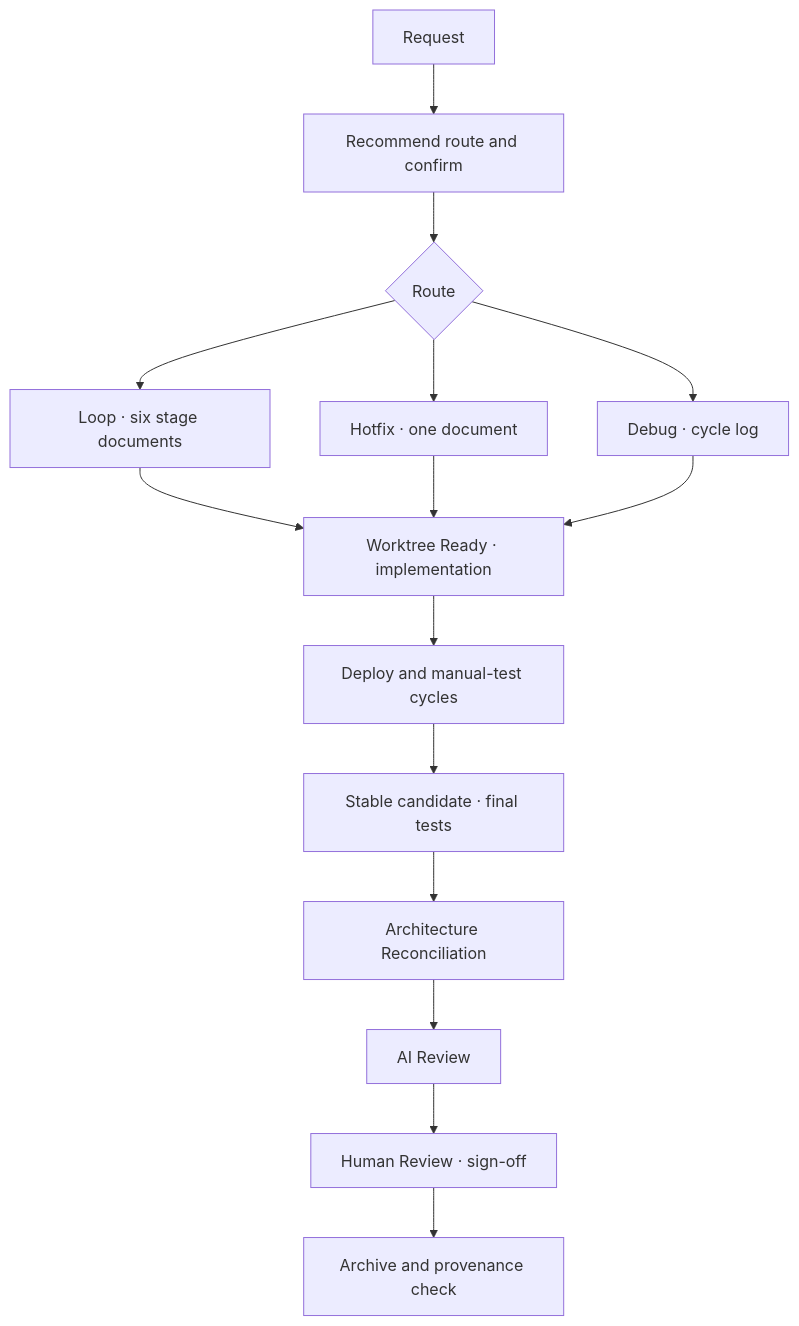
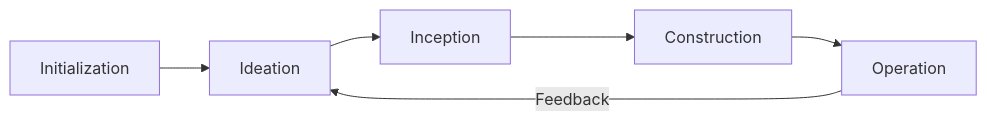
Before and after one commit to Roger0808/sdd-loop: the diagram in README.md, drawn with Mermaid. The commit also changed other lines of this file and 2 other files, not shown here.

````diff
--- a/README.md
+++ b/README.md
@@ -21,17 +13,8 @@
 ```mermaid
-flowchart TD
-    A[Request] --> B[Recommend route and confirm]
-    B --> C{Route}
-    C --> L[Loop · six stage documents]
-    C --> HF[Hotfix · one document]
-    C --> T[Debug · cycle log]
-    L --> D[Worktree Ready · implementation]
-    HF --> D
-    T --> D
-    D --> E[Deploy and manual-test cycles]
-    E --> F[Stable candidate · final tests]
-    F --> G[Architecture Reconciliation]
-    G --> REV[AI Review]
-    REV --> I[Human Review · sign-off]
-    I --> J[Archive and provenance check]
+flowchart LR
+    A[Initialization] --> B[Ideation]
+    B --> C[Inception]
+    C --> D[Construction]
+    D --> E[Operation]
+    E -->|Feedback| B
 ```
````
